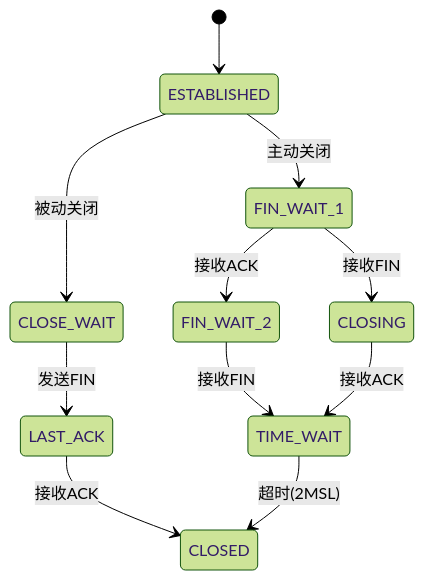
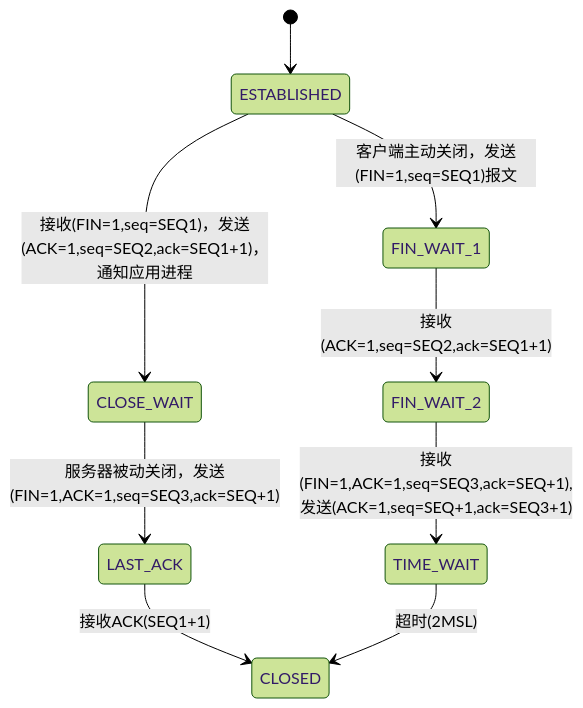
The sixth of 8 diagrams in _posts/2025-08-13-Web-Page.md (vincent-sjh/vincent-sjh.github.io), drawn with Mermaid (forest theme) before and after one commit. The commit also changed other lines of this file, not shown here.

````diff
--- a/_posts/2025-08-13-Web-Page.md
+++ b/_posts/2025-08-13-Web-Page.md
@@ -416,13 +416,11 @@
 ```mermaid
 stateDiagram-v2
     [*] --> ESTABLISHED
-    ESTABLISHED --> FIN_WAIT_1: 主动关闭
-    ESTABLISHED --> CLOSE_WAIT: 被动关闭
-    FIN_WAIT_1 --> FIN_WAIT_2: 接收ACK
-    FIN_WAIT_1 --> CLOSING: 接收FIN
-    FIN_WAIT_2 --> TIME_WAIT: 接收FIN
-    CLOSE_WAIT --> LAST_ACK: 发送FIN
-    CLOSING --> TIME_WAIT: 接收ACK
-    LAST_ACK --> CLOSED: 接收ACK
+    ESTABLISHED --> FIN_WAIT_1: 客户端主动关闭，发送(FIN=1,seq=SEQ1)报文
+    ESTABLISHED --> CLOSE_WAIT: 接收(FIN=1,seq=SEQ1)，发送(ACK=1,seq=SEQ2,ack=SEQ1+1)，通知应用进程
+    FIN_WAIT_1 --> FIN_WAIT_2: 接收(ACK=1,seq=SEQ2,ack=SEQ1+1)
+    FIN_WAIT_2 --> TIME_WAIT: 接收(FIN=1,ACK=1,seq=SEQ3,ack=SEQ+1),发送(ACK=1,seq=SEQ+1,ack=SEQ3+1)
+    CLOSE_WAIT --> LAST_ACK: 服务器被动关闭，发送(FIN=1,ACK=1,seq=SEQ3,ack=SEQ+1)
+    LAST_ACK --> CLOSED: 接收ACK(SEQ1+1)
     TIME_WAIT --> CLOSED: 超时(2MSL)
 ```
````
